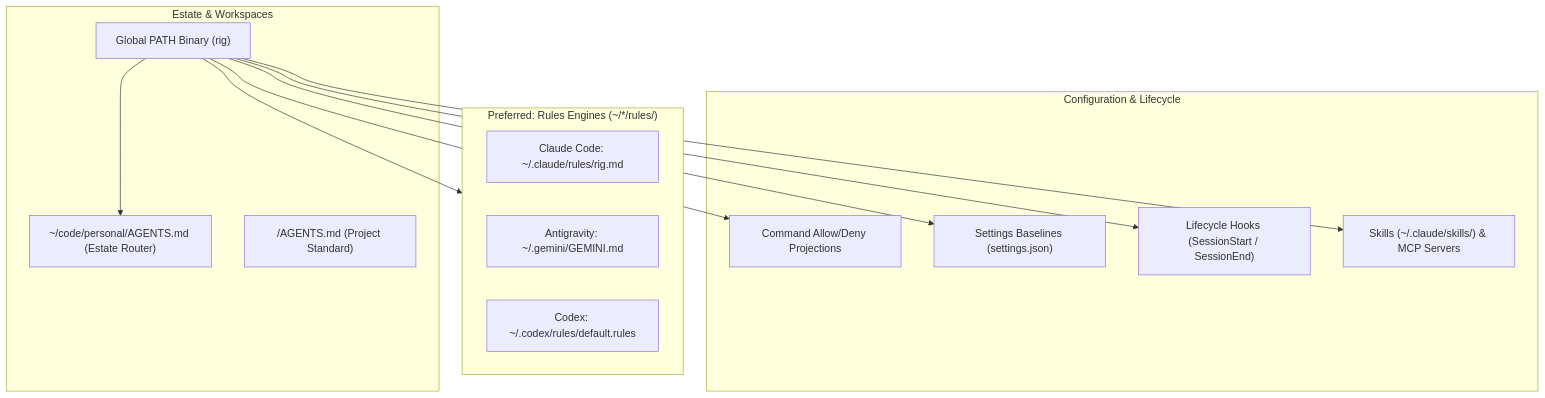
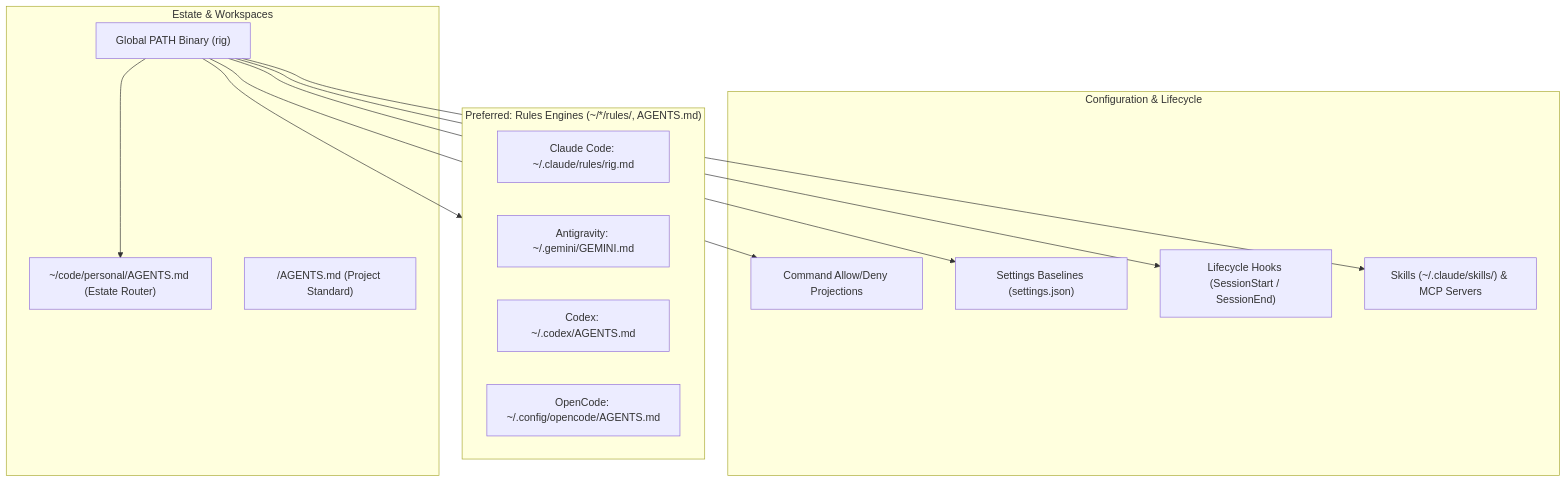
Before and after one commit to rtkelly13/rig: the diagram in docs/agents/surface-areas.md, drawn with Mermaid. The commit also changed other lines of this file and 6 other files, not shown here.

First line of the commit message:
feat(devenv): inject the rig context into Codex and OpenCode

````diff
--- a/docs/agents/surface-areas.md
+++ b/docs/agents/surface-areas.md
@@ -11,28 +11,29 @@
 ```mermaid
 flowchart TD
     subgraph Estate ["Estate & Workspaces"]
         RigCli["Global PATH Binary (rig)"]
         EstateRouter["~/code/personal/AGENTS.md (Estate Router)"]
         RepoAgents["<repo>/AGENTS.md (Project Standard)"]
     end
 
-    subgraph PreferredRules ["Preferred: Rules Engines (~/*/rules/)"]
+    subgraph PreferredRules ["Preferred: Rules Engines (~/*/rules/, AGENTS.md)"]
         ClaudeRules["Claude Code: ~/.claude/rules/rig.md"]
         AgyRules["Antigravity: ~/.gemini/GEMINI.md"]
-        CodexRules["Codex: ~/.codex/rules/default.rules"]
+        CodexRules["Codex: ~/.codex/AGENTS.md"]
+        OpencodeRules["OpenCode: ~/.config/opencode/AGENTS.md"]
     end
 
     subgraph HarnessConfig ["Configuration & Lifecycle"]
         PolicyProj["Command Allow/Deny Projections"]
         SettingsBase["Settings Baselines (settings.json)"]
         LifecycleHooks["Lifecycle Hooks (SessionStart / SessionEnd)"]
         SkillsMcp["Skills (~/.claude/skills/) & MCP Servers"]
     end
 
     RigCli --> PreferredRules
     RigCli --> EstateRouter
     RigCli --> PolicyProj
     RigCli --> SettingsBase
     RigCli --> LifecycleHooks
     RigCli --> SkillsMcp
 ```
````
